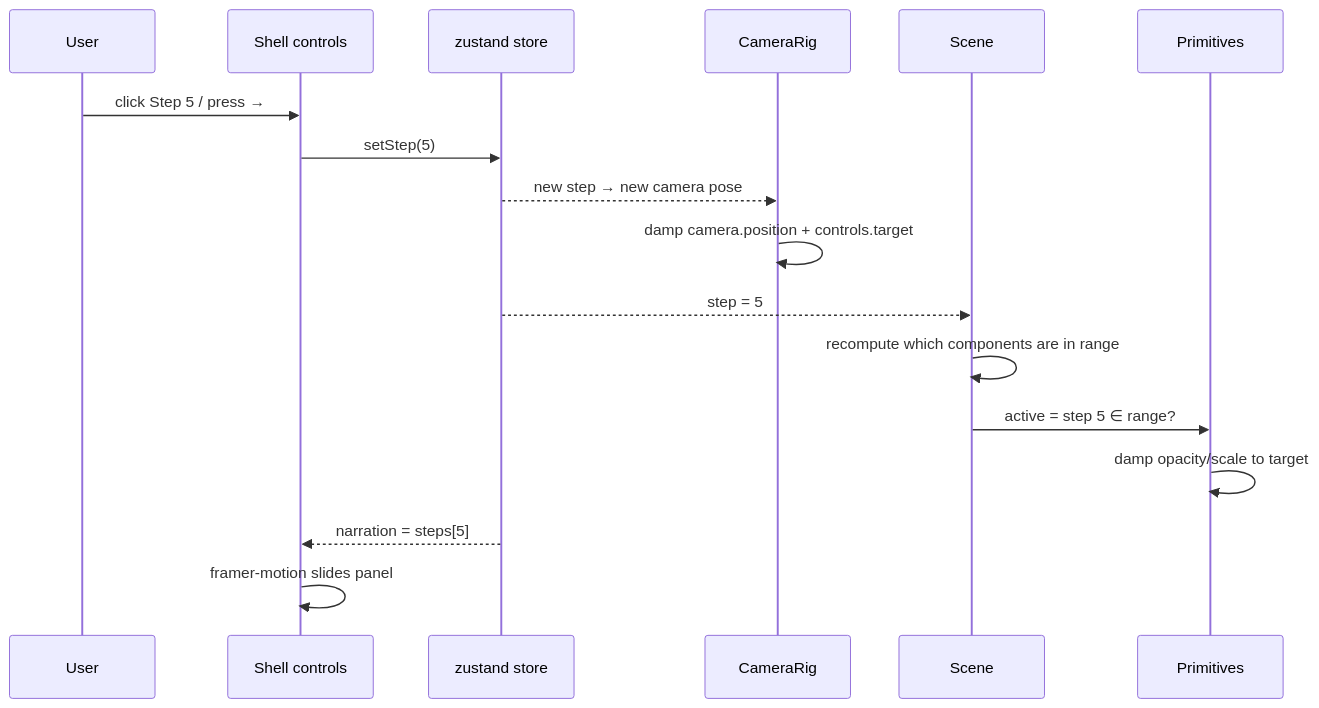
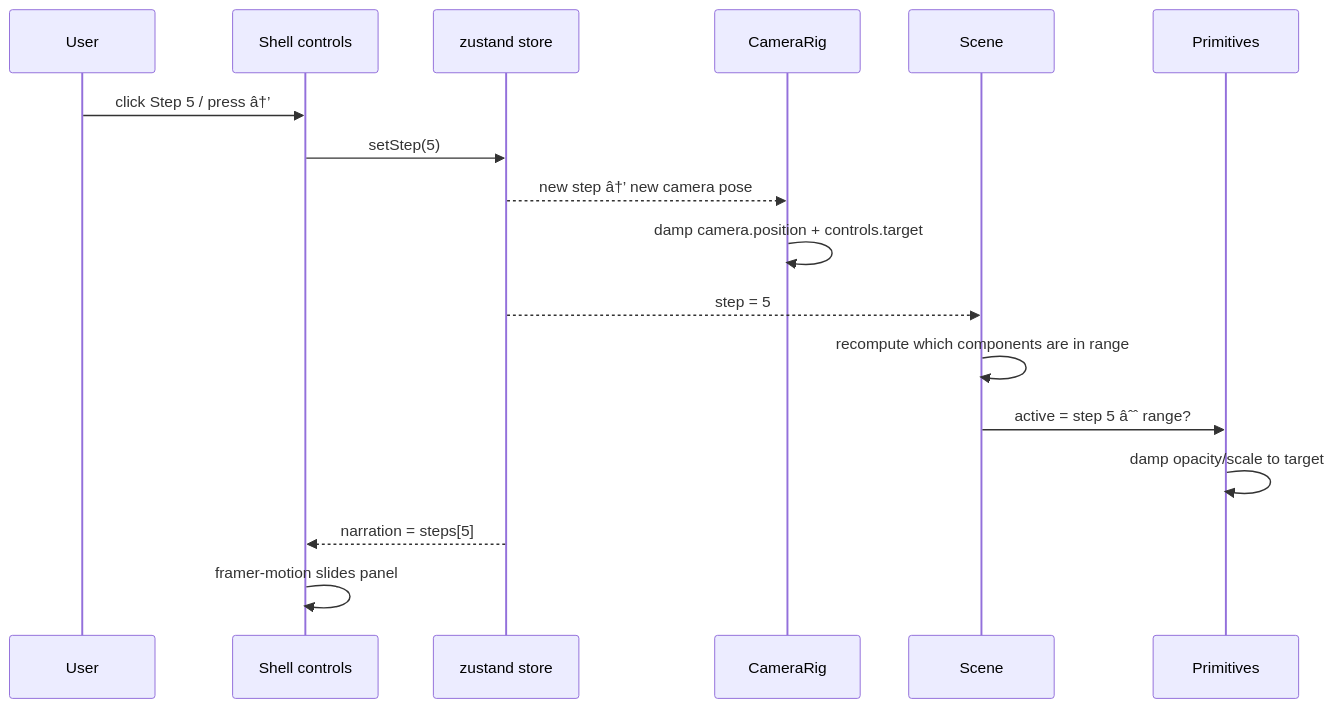
Before and after one commit to Mostakim2005/gpt-moe-3d-explainer: the second of 3 diagrams in docs/architecture.md, drawn with Mermaid. The commit also changed other lines of this file and 5 other files, not shown here.

````diff
--- a/docs/architecture.md
+++ b/docs/architecture.md
@@ -115,20 +117,20 @@
 ```mermaid
 sequenceDiagram
     participant U as User
     participant UI as Shell controls
     participant S as zustand store
     participant CR as CameraRig
     participant SC as Scene
     participant P as Primitives
 
-    U->>UI: click Step 5 / press →
+    U->>UI: click Step 5 / press â†’
     UI->>S: setStep(5)
-    S-->>CR: new step → new camera pose
+    S-->>CR: new step â†’ new camera pose
     CR->>CR: damp camera.position + controls.target
     S-->>SC: step = 5
     SC->>SC: recompute which components are in range
-    SC->>P: active = step 5 ∈ range?
+    SC->>P: active = step 5 âˆˆ range?
     P->>P: damp opacity/scale to target
     S-->>UI: narration = steps[5]
     UI->>UI: framer-motion slides panel
 ```
````
